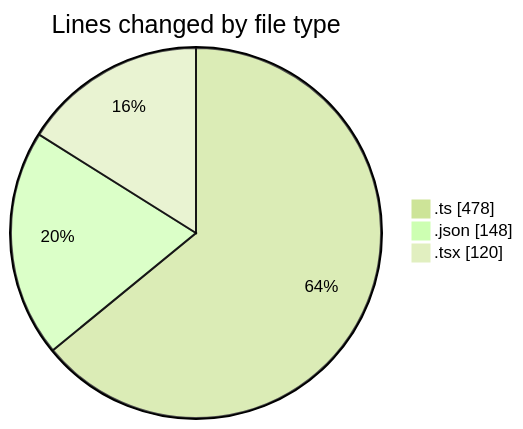
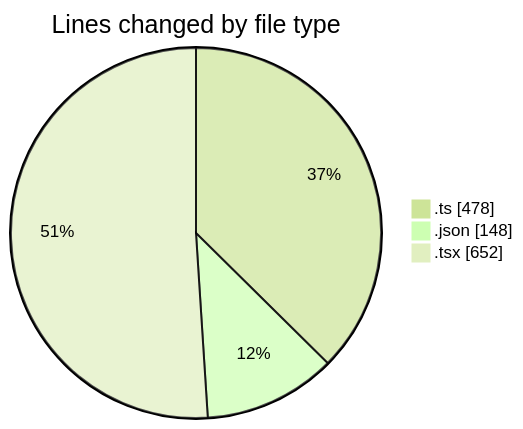
Before and after one commit to robertbonfada/code-tracking: the first of 2 diagrams in 2025-02-20/mbc-web/README.md, drawn with Mermaid (forest theme). The commit also changed other lines of this file and 1 other file, not shown here.

````diff
--- a/2025-02-20/mbc-web/README.md
+++ b/2025-02-20/mbc-web/README.md
@@ -27,7 +29,7 @@
 ```mermaid
 pie showData
 title Lines changed by file type
 ".ts" : 478
 ".json" : 148
-".tsx" : 120
+".tsx" : 652
 ```
````
